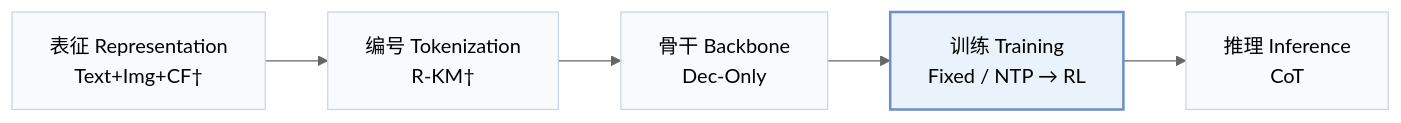
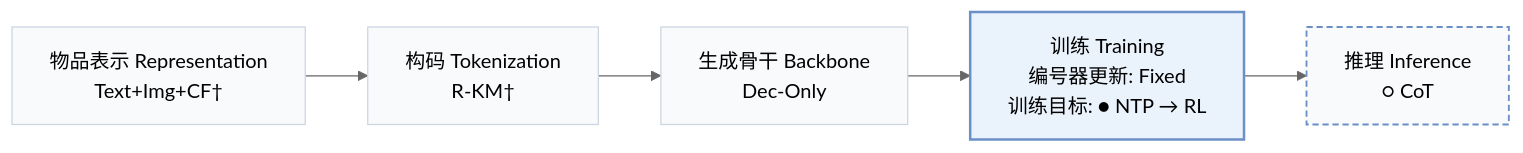
One commit to Galaxy-ghost/Awesome-SID-Generative-Rec changed the first of 4 diagrams in pages/zh/papers/onerec-think.md. Above: the diagram before and after it, drawn with Mermaid (neutral theme). The commit also changed other lines of this file and 558 other files, not shown here.

````diff
--- a/pages/zh/papers/onerec-think.md
+++ b/pages/zh/papers/onerec-think.md
@@ -15,8 +18,10 @@
 ```mermaid
 flowchart LR
-    R["表征 Representation<br/>Text+Img+CF†"] --> T["编号 Tokenization<br/>R-KM†"] --> B["骨干 Backbone<br/>Dec-Only"] --> TR["训练 Training<br/>Fixed / NTP → RL"] --> I["推理 Inference<br/>CoT"]
+    R["物品表示 Representation<br/>Text+Img+CF†"] --> T["构码 Tokenization<br/>R-KM†"] --> B["生成骨干 Backbone<br/>Dec-Only"] --> TR["训练 Training<br/>编号器更新: Fixed<br/>训练目标: ● NTP → RL"] --> I["推理 Inference<br/>○ CoT"]
     classDef base fill:#f8fafc,stroke:#cbd5e1
     class R,T,B,TR,I base
+    classDef other fill:#f8fafc,stroke:#6b8fc7,stroke-width:1.5px,stroke-dasharray:5 3
+    class I other
     classDef main fill:#eaf2fb,stroke:#6b8fc7,stroke-width:2px
     class TR main
 ```
````
